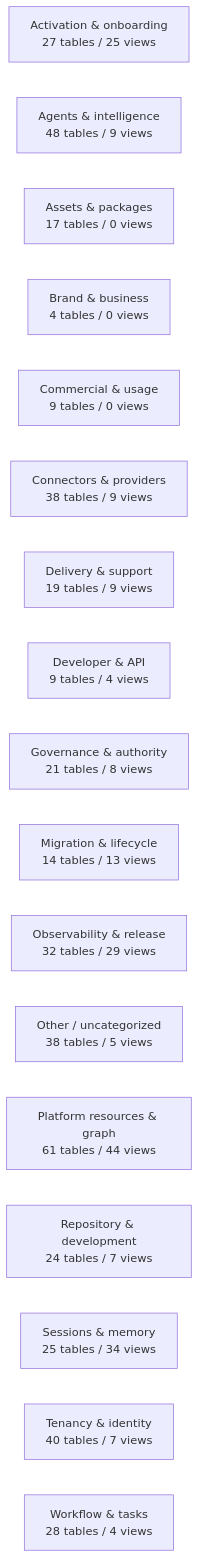
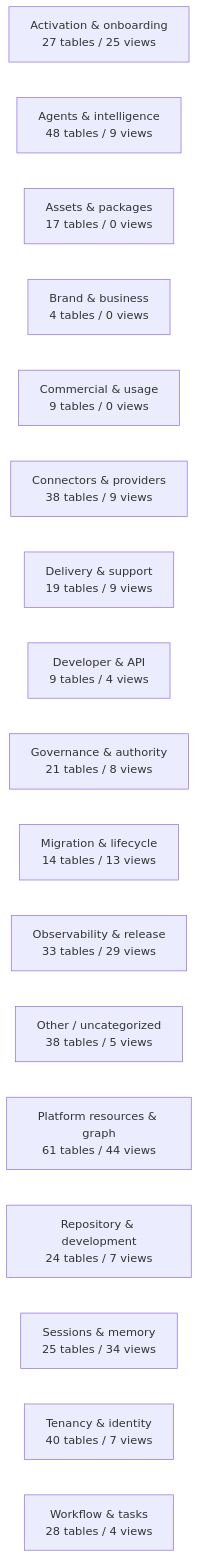
The diagram in docs/work-maps/data-model-domain-map.md (mad4bdigital-ai/multi-business-multi-role-growth-intelligence-os), drawn with Mermaid before and after one commit. The commit also changed other lines of this file and 4 other files, not shown here.

````diff
--- a/docs/work-maps/data-model-domain-map.md
+++ b/docs/work-maps/data-model-domain-map.md
@@ -9,20 +9,20 @@
 ```mermaid
 flowchart LR
   n_Activation___onboarding["Activation & onboarding<br/>27 tables / 25 views"]
   n_Agents___intelligence["Agents & intelligence<br/>48 tables / 9 views"]
   n_Assets___packages["Assets & packages<br/>17 tables / 0 views"]
   n_Brand___business["Brand & business<br/>4 tables / 0 views"]
   n_Commercial___usage["Commercial & usage<br/>9 tables / 0 views"]
   n_Connectors___providers["Connectors & providers<br/>38 tables / 9 views"]
   n_Delivery___support["Delivery & support<br/>19 tables / 9 views"]
   n_Developer___API["Developer & API<br/>9 tables / 4 views"]
   n_Governance___authority["Governance & authority<br/>21 tables / 8 views"]
   n_Migration___lifecycle["Migration & lifecycle<br/>14 tables / 13 views"]
-  n_Observability___release["Observability & release<br/>32 tables / 29 views"]
+  n_Observability___release["Observability & release<br/>33 tables / 29 views"]
   n_Other___uncategorized["Other / uncategorized<br/>38 tables / 5 views"]
   n_Platform_resources___graph["Platform resources & graph<br/>61 tables / 44 views"]
   n_Repository___development["Repository & development<br/>24 tables / 7 views"]
   n_Sessions___memory["Sessions & memory<br/>25 tables / 34 views"]
   n_Tenancy___identity["Tenancy & identity<br/>40 tables / 7 views"]
   n_Workflow___tasks["Workflow & tasks<br/>28 tables / 4 views"]
 ```
````
